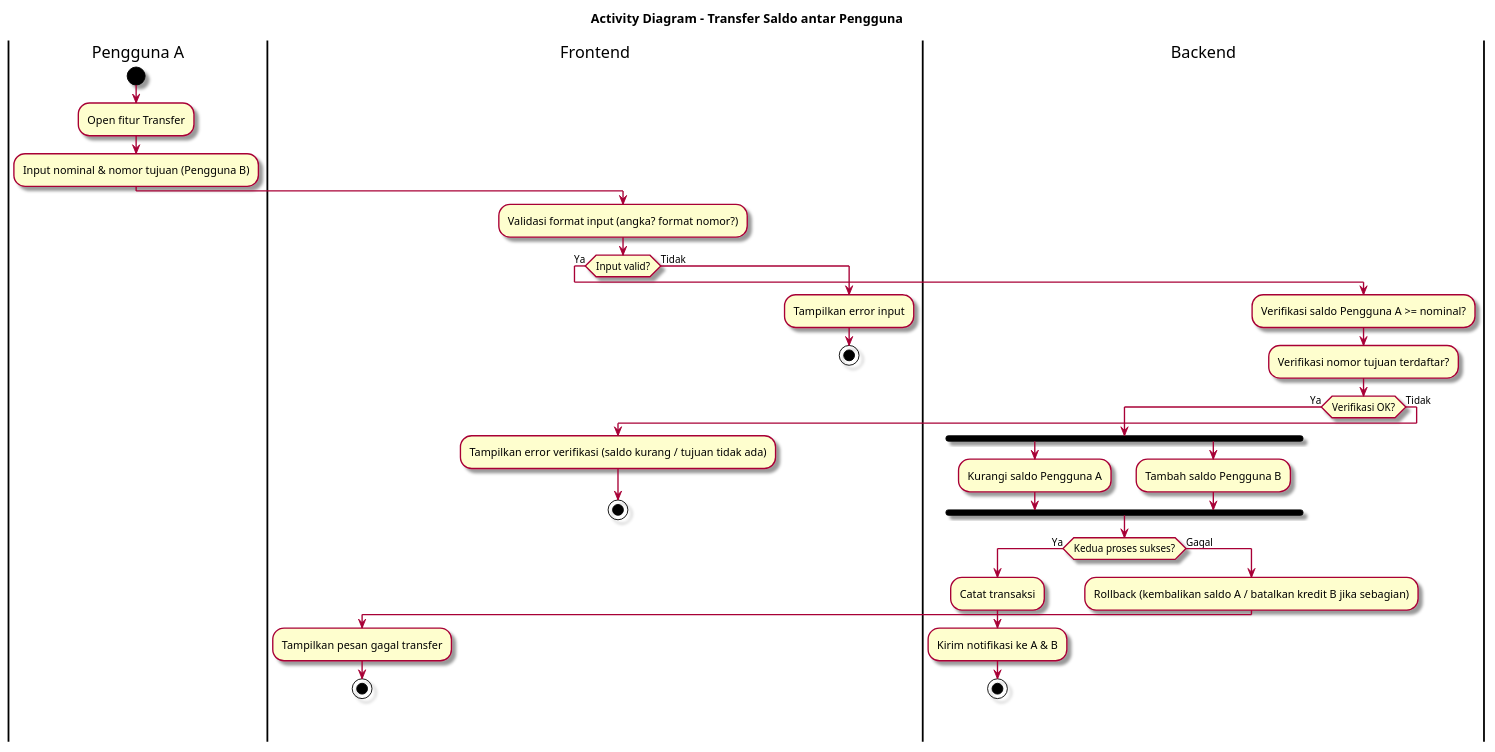
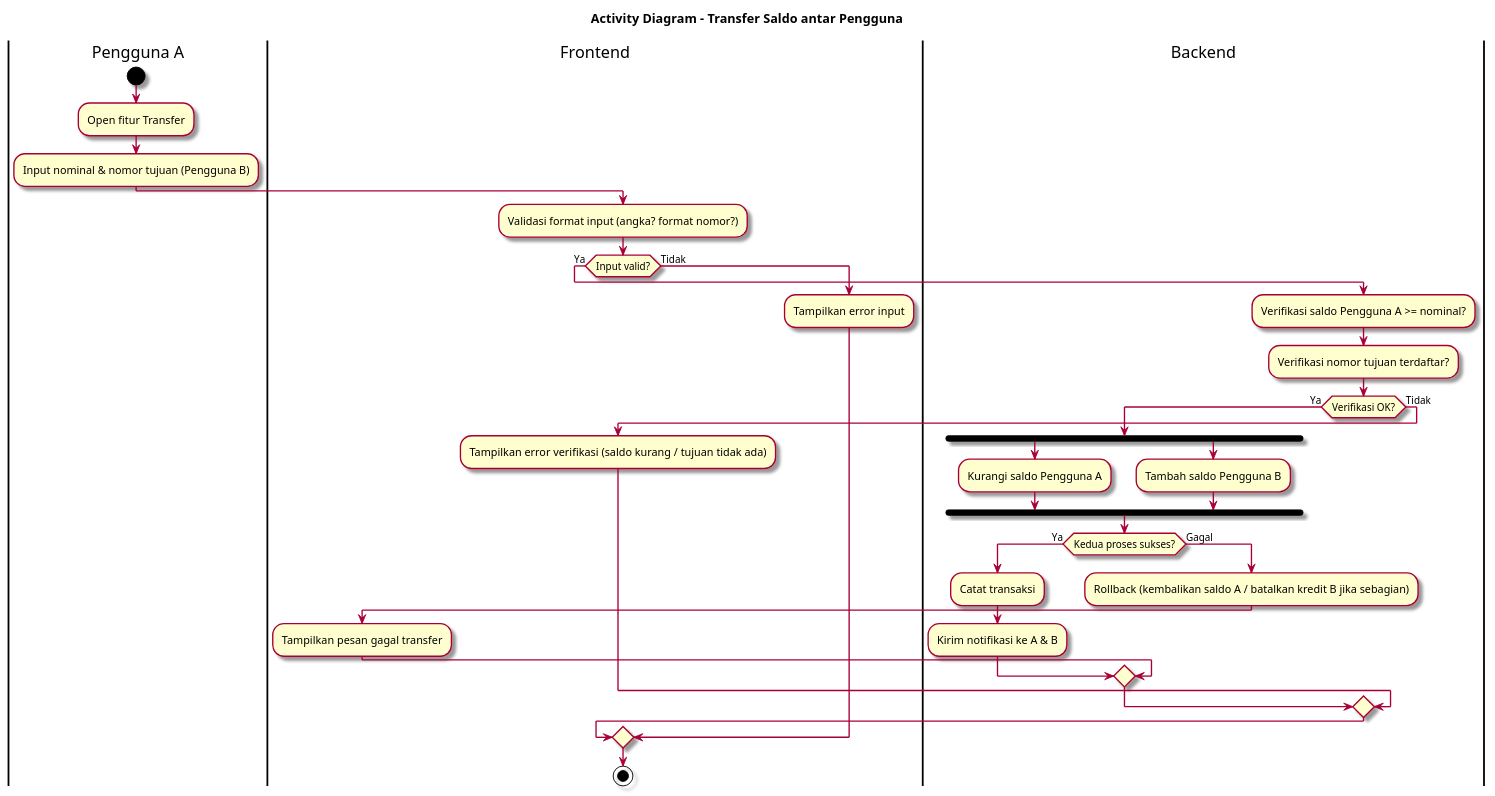
One commit to 2381031/Tugas-Mandiri-RPL changed the diagram in SOAL1.puml. Above: the diagram before and after it, drawn with PlantUML. The commit also changed 4 other files, not shown here.

```diff
--- a/SOAL1.puml
+++ b/SOAL1.puml
@@ -1,40 +1,40 @@
 @startuml
 title Activity Diagram - Transfer Saldo antar Pengguna
 skin rose
+
 |Pengguna A|
 start
 :Open fitur Transfer;
 :Input nominal & nomor tujuan (Pengguna B);
 
 |Frontend|
 :Validasi format input (angka? format nomor?);
 if (Input valid?) then (Ya)
   |Backend|
   :Verifikasi saldo Pengguna A >= nominal?;
   :Verifikasi nomor tujuan terdaftar?;
   if (Verifikasi OK?) then (Ya)
     fork
       :Kurangi saldo Pengguna A;
     fork again
       :Tambah saldo Pengguna B;
     end fork
     if (Kedua proses sukses?) then (Ya)
       :Catat transaksi;
       :Kirim notifikasi ke A & B;
-      stop
     else (Gagal)
       :Rollback (kembalikan saldo A / batalkan kredit B jika sebagian);
       |Frontend|
       :Tampilkan pesan gagal transfer;
-      stop
     endif
   else (Tidak)
     |Frontend|
     :Tampilkan error verifikasi (saldo kurang / tujuan tidak ada);
-    stop
   endif
 else (Tidak)
   :Tampilkan error input;
-  stop
 endif
+
+|Frontend|
+stop
 @enduml
```
